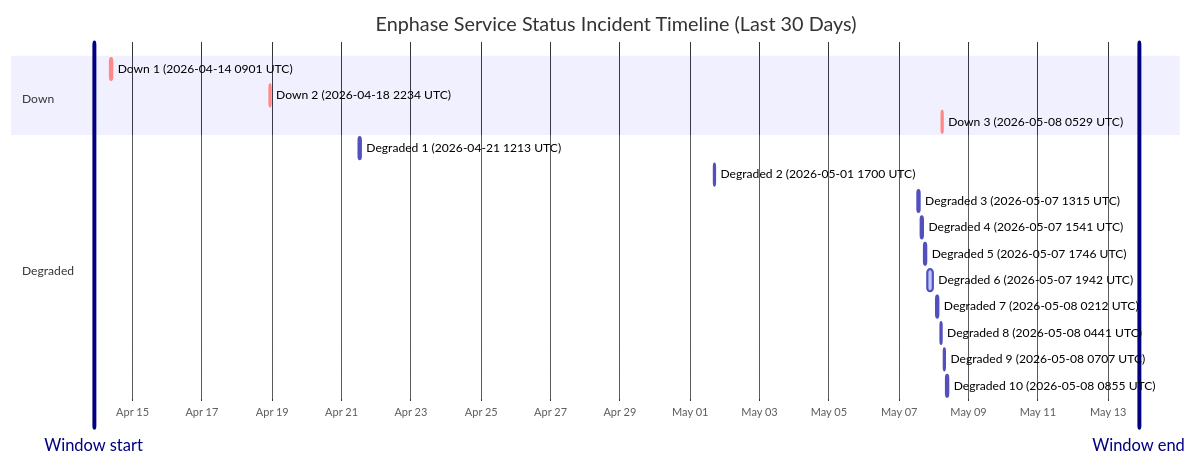
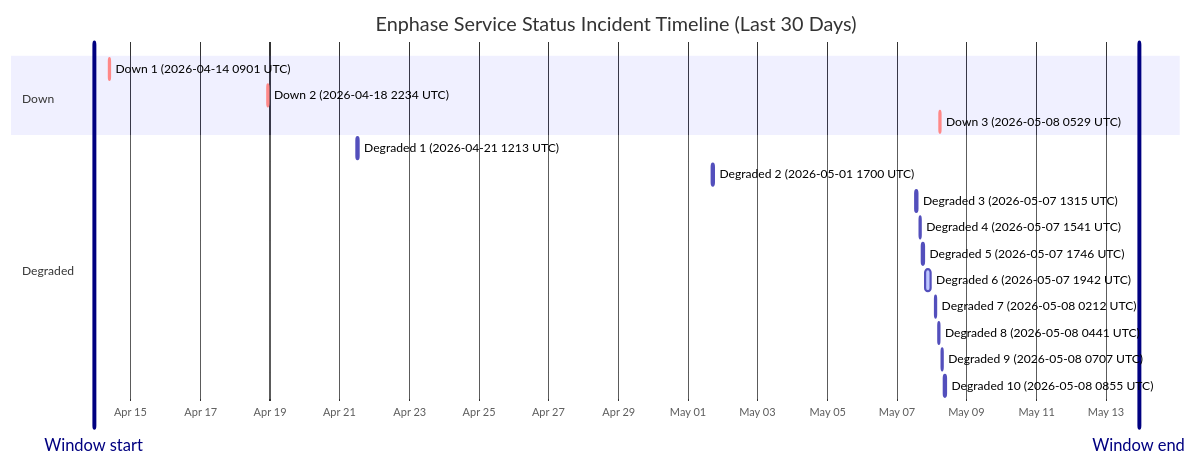
The diagram in wiki/Service-Status-History.md (barneyonline/ha-enphase-ev-charger), drawn with Mermaid before and after one commit. The commit also changed other lines of this file and 3 other files, not shown here.

````diff
--- a/wiki/Service-Status-History.md
+++ b/wiki/Service-Status-History.md
@@ -14,23 +14,23 @@
 ```mermaid
 gantt
     title Enphase Service Status Incident Timeline (Last 30 Days)
     dateFormat  YYYY-MM-DDTHH:mm:ss
     axisFormat  %b %d
-    Window start :vert, window-start, 2026-04-13T21:25:29, 0ms
-    Window end :vert, window-end, 2026-05-13T21:25:29, 0ms
+    Window start :vert, window-start, 2026-04-13T22:45:43, 0ms
+    Window end :vert, window-end, 2026-05-13T22:45:43, 0ms
     section Down
     Down 1 (2026-04-14 0901 UTC) :crit, down-1, 2026-04-14T09:01:13, 60m
     Down 2 (2026-04-18 2234 UTC) :crit, down-2, 2026-04-18T22:34:13, 60m
     Down 3 (2026-05-08 0529 UTC) :crit, down-3, 2026-05-08T05:29:47, 60m
     section Degraded
     Degraded 1 (2026-04-21 1213 UTC) :active, degraded-1, 2026-04-21T12:13:11, 60m
     Degraded 2 (2026-05-01 1700 UTC) :active, degraded-2, 2026-05-01T17:00:22, 60m
     Degraded 3 (2026-05-07 1315 UTC) :active, degraded-3, 2026-05-07T13:15:25, 60m
     Degraded 4 (2026-05-07 1541 UTC) :active, degraded-4, 2026-05-07T15:41:58, 60m
     Degraded 5 (2026-05-07 1746 UTC) :active, degraded-5, 2026-05-07T17:46:51, 60m
     Degraded 6 (2026-05-07 1942 UTC) :active, degraded-6, 2026-05-07T19:42:10, 249m
     Degraded 7 (2026-05-08 0212 UTC) :active, degraded-7, 2026-05-08T02:12:39, 60m
     Degraded 8 (2026-05-08 0441 UTC) :active, degraded-8, 2026-05-08T04:41:46, 60m
     Degraded 9 (2026-05-08 0707 UTC) :active, degraded-9, 2026-05-08T07:07:30, 60m
     Degraded 10 (2026-05-08 0855 UTC) :active, degraded-10, 2026-05-08T08:55:20, 88m
 ```
````
